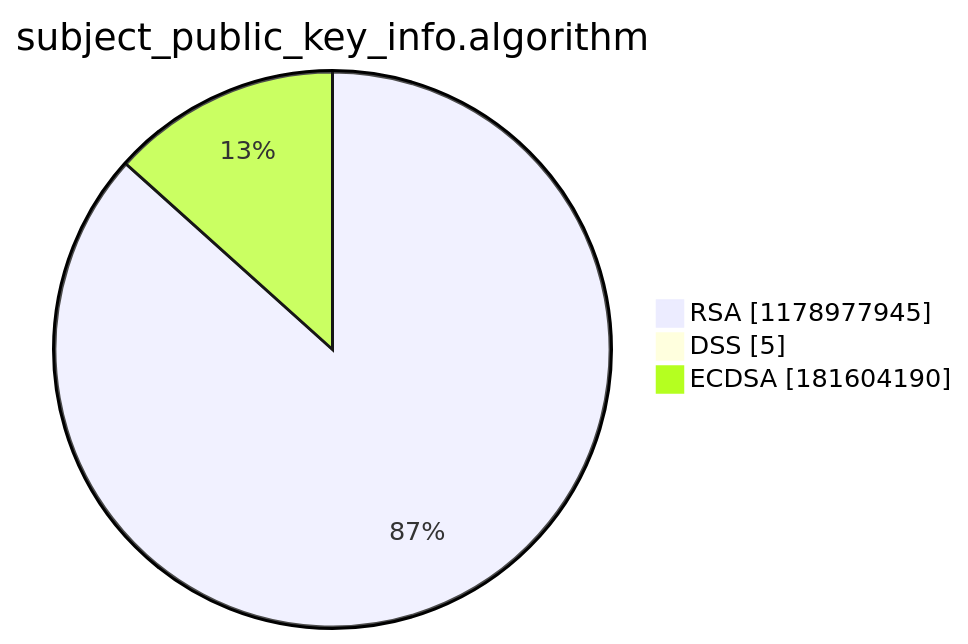
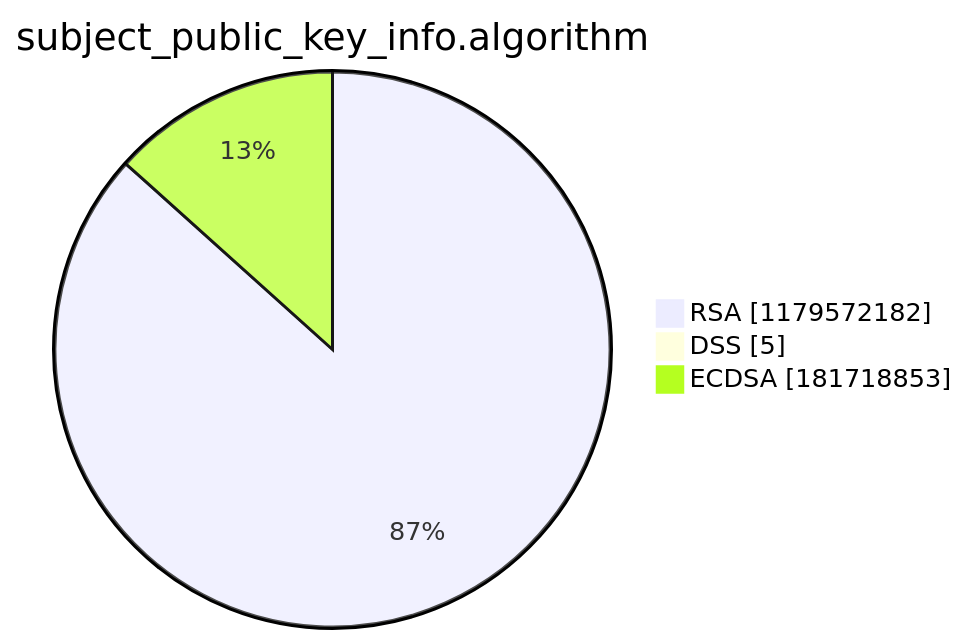
The third of 15 diagrams in argon2022/README.md (christiankrug/ctmonitor_visualization), drawn with Mermaid before and after one commit. The commit also changed other lines of this file, not shown here.

````diff
--- a/argon2022/README.md
+++ b/argon2022/README.md
@@ -14,7 +14,7 @@
 ```mermaid
 pie showData
 title subject_public_key_info.algorithm
-"RSA" :1178977945
+"RSA" :1179572182
 "DSS" :5
-"ECDSA" :181604190
+"ECDSA" :181718853
 ```
````
